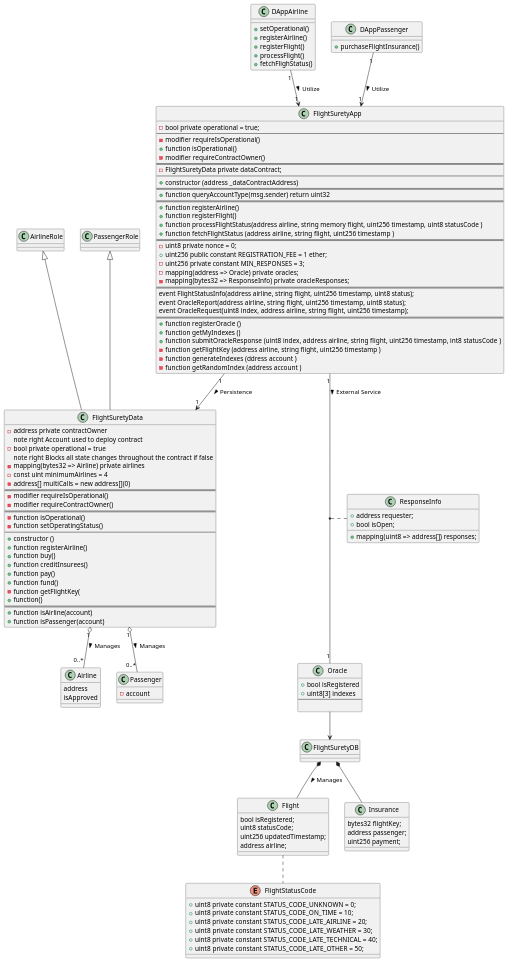
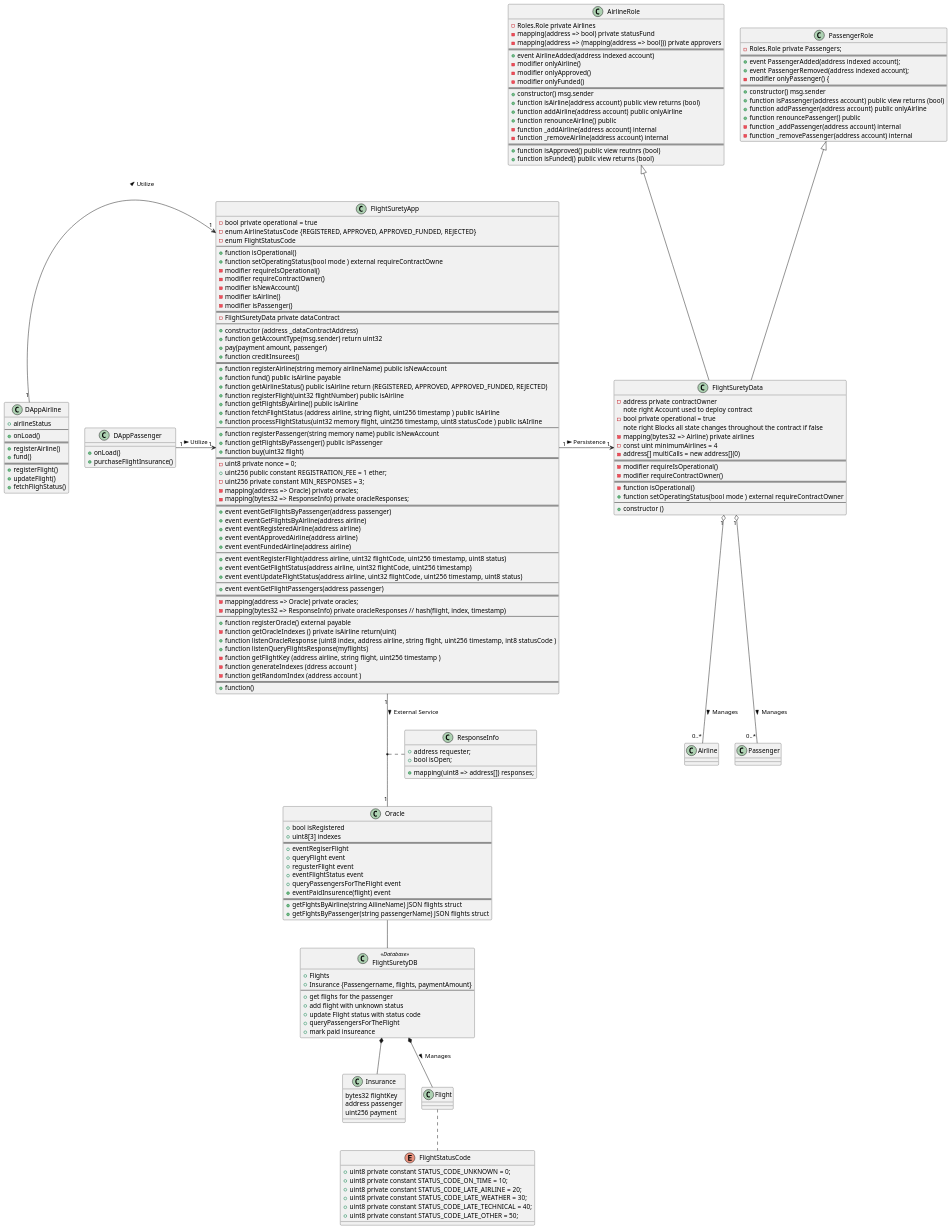
One commit to HajimeK/BlockchainDevND changed the diagram in projects/project_FlightSurety/UML/class.pu. Above: the diagram before and after it, drawn with PlantUML. The commit also changed 36 other files, not shown here.

```diff
--- a/projects/project_FlightSurety/UML/class.pu
+++ b/projects/project_FlightSurety/UML/class.pu
@@ -1,52 +1,56 @@
 @startuml
 
-Class Flight {
-    {field} bool isRegistered;
-    {field} uint8 statusCode;
-    {field} uint256 updatedTimestamp;
-    {field} address airline;
-}
-
-Class Airline {
-    {field} address
-    {field} isApproved
-}
-
-class Passenger {
-    - account
-}
-
-class Flight {
-
-}
-
 class Insurance {
-    bytes32 flightKey;
-    address passenger;
-    uint256 payment;
+    bytes32 flightKey
+    address passenger
+    uint256 payment
 }
 
 class DAppAirline {
-    + setOperational()
+    + airlineStatus
+    --
+    + onLoad()
+    ==
     + registerAirline()
+    + fund()
+    ==
     + registerFlight()
-    + processFlight()
+    + updateFlight()
     + fetchFlighStatus()
 }
 
 class DAppPassenger {
+    + onLoad()
     + purchaseFlightInsurance()
 }
+
+
+
 
 class Oracle {
     + bool isRegistered
     + uint8[3] indexes
-    --
-
+    ==
+    + eventRegiserFlight
+    + queryFlight event
+    + regusterFlight event
+    + eventFlightStatus event
+    + queryPassengersForTheFlight event
+    + eventPaidInsurence(flight) event
+    ==
+    + getFlghtsByAirline(string AilineName) JSON flights struct
+    + getFlghtsByPassenger(string passengerName) JSON flights struct
 }
 
-class FlightSuretyDB {
-
+class FlightSuretyDB <<Database>> {
+    + Flights
+    + Insurance {Passengername, flights, paymentAmount}
+    --
+    + get flighs for the passenger
+    + add flight with unknown status
+    + update Flight status with status code
+    + queryPassengersForTheFlight
+    + mark paid insureance
 }
 
 class ResponseInfo {
@@ -65,39 +69,67 @@
 }
 
 class FlightSuretyApp {
-    - bool private operational = true;
+    - bool private operational = true
+    - enum AirlineStatusCode {REGISTERED, APPROVED, APPROVED_FUNDED, REJECTED}
+    - enum FlightStatusCode
     --
+    + function isOperational()
+    + function setOperatingStatus(bool mode ) external requireContractOwne
     - modifier requireIsOperational()
-    + function isOperational()
     - modifier requireContractOwner()
+    - modifier isNewAccount()
+    - modifier isAirline()
+    - modifier isPassenger()
     ==
-    - FlightSuretyData private dataContract;
+    - FlightSuretyData private dataContract
     --
     + constructor (address _dataContractAddress) 
+    + function getAccountType(msg.sender) return uint32
+    + pay(payment amount, passenger)
+    + function creditInsurees()
     ==
-    + function queryAccountType(msg.sender) return uint32
+    + function registerAirline(string memory airlineName) public isNewAccount
+    + function fund() public isAirline payable
+    + function getAirlineStatus() public isAirline return (REGISTERED, APPROVED, APPROVED_FUNDED, REJECTED)
+    + function registerFlight(uint32 flightNumber) public isAirline
+    + function getFlightsByAirline() public isAirline
+    + function fetchFlightStatus (address airline, string flight, uint256 timestamp ) public isAirline
+    + function processFlightStatus(uint32 memory flight, uint256 timestamp, uint8 statusCode ) public isAIrline
+    --
+    + function registerPassenger(string memory name) public isNewAccount
+    + function getFlightsByPassenger() public isPassenger
+    + function buy(uint32 flight)
     ==
-    + function registerAirline()
-    + function registerFlight()
-    + function processFlightStatus(address airline, string memory flight, uint256 timestamp, uint8 statusCode )
-    + function fetchFlightStatus (address airline, string flight, uint256 timestamp )
-    ==
-    - {field} uint8 private nonce = 0;
-    + {field} uint256 public constant REGISTRATION_FEE = 1 ether;
-    - {field} uint256 private constant MIN_RESPONSES = 3;
-    - {field} mapping(address => Oracle) private oracles;
+    - uint8 private nonce = 0;
+    + uint256 public constant REGISTRATION_FEE = 1 ether;
+    - uint256 private constant MIN_RESPONSES = 3;
+    - mapping(address => Oracle) private oracles;
     - mapping(bytes32 => ResponseInfo) private oracleResponses;
     ==
-    event FlightStatusInfo(address airline, string flight, uint256 timestamp, uint8 status);
-    event OracleReport(address airline, string flight, uint256 timestamp, uint8 status);
-    event OracleRequest(uint8 index, address airline, string flight, uint256 timestamp);
+    + event eventGetFlightsByPassenger(address passenger)
+    + event eventGetFlightsByAirline(address airline)
+    + event eventRegisteredAirline(address airline)
+    + event eventApprovedAirline(address airline)
+    + event eventFundedAirline(address airline)
+    --
+    + event eventRegisterFlight(address airline, uint32 flightCode, uint256 timestamp, uint8 status)
+    + event eventGetFlightStatus(address airline, uint32 flightCode, uint256 timestamp)
+    + event eventUpdateFlightStatus(address airline, uint32 flightCode, uint256 timestamp, uint8 status)
+    --
+    + event eventGetFlightPassengers(address passenger)
     ==
-    + function registerOracle ()
-    + function getMyIndexes ()
-    + function submitOracleResponse (uint8 index, address airline, string flight, uint256 timestamp, int8 statusCode )
+    - mapping(address => Oracle) private oracles;
+    - mapping(bytes32 => ResponseInfo) private oracleResponses // hash(flight, index, timestamp)
+    --
+    + function registerOracle() external payable
+    - function getOracleIndexes () private isAirline return(uint)
+    + function listenOracleResponse (uint8 index, address airline, string flight, uint256 timestamp, int8 statusCode )
+    + function listenQueryFlightsResponse(myflights)
     - function getFlightKey (address airline, string flight, uint256 timestamp )
     - function generateIndexes (ddress account )
     - function getRandomIndex (address account )
+    ==
+    + function()
 }
 
 class FlightSuretyData {
@@ -113,38 +145,56 @@
     - modifier requireContractOwner()
     ==
     - function isOperational()
-    - function setOperatingStatus()
+    + function setOperatingStatus(bool mode ) external requireContractOwner
     --
     + {method} constructor ()
-    + function registerAirline()
-    + function buy()
-    + function creditInsurees()
-    + function pay()
-    + function fund()
-    - function getFlightKey(
-    + function()
-    ==
-    + function isAirline(account)
-    + function isPassenger(account)
 }
 
 class AirlineRole {
-
+    - Roles.Role private Airlines
+    - mapping(address => bool) private statusFund
+    - mapping(address => (mapping(address => bool))) private approvers
+    ==
+    + event AirlineAdded(address indexed account)
+    - modifier onlyAirline()
+    - modifier onlyApproved()
+    - modifier onlyFunded()
+    ==
+    + constructor() msg.sender
+    + function isAirline(address account) public view returns (bool)
+    + function addAirline(address account) public onlyAirline
+    + function renounceAirline() public
+    - function _addAirline(address account) internal
+    - function _removeAirline(address account) internal
+    ==
+    + function isApproved() public view reutnrs (bool)
+    + function isFunded() public view returns (bool)
 }
 
 class PassengerRole {
-
+    - Roles.Role private Passengers;
+    ==
+    + event PassengerAdded(address indexed account);
+    + event PassengerRemoved(address indexed account);
+    - modifier onlyPassenger() {
+    ==
+    + constructor() msg.sender
+    + function isPassenger(address account) public view returns (bool)
+    + function addPassenger(address account) public onlyAirline
+    + function renouncePassenger() public
+    - function _addPassenger(address account) internal
+    - function _removePassenger(address account) internal
 }
 
-DAppAirline "1" -->  "1" FlightSuretyApp : Utilize >
-DAppPassenger "1" -->  "1" FlightSuretyApp : Utilize >
-FlightSuretyApp "1" --> "1" FlightSuretyData : Persistence >
+DAppAirline "1" -> "1" FlightSuretyApp : Utilize >
+DAppPassenger "1" -> "1" FlightSuretyApp : Utilize >
+FlightSuretyApp "1" ->"1" FlightSuretyData : Persistence >
 FlightSuretyApp "1" --  "1" Oracle : External Service >
 FlightSuretyData "1" o--  "0..*" Airline : Manages >
 FlightSuretyData "1" o--  "0..*" Passenger : Manages >
 AirlineRole <|-- FlightSuretyData
 PassengerRole <|-- FlightSuretyData
-Oracle --> FlightSuretyDB
+Oracle -- FlightSuretyDB
 FlightSuretyDB *-- Insurance
 FlightSuretyDB *-- Flight : Manages >
 (FlightSuretyApp, Oracle) .. ResponseInfo
```
